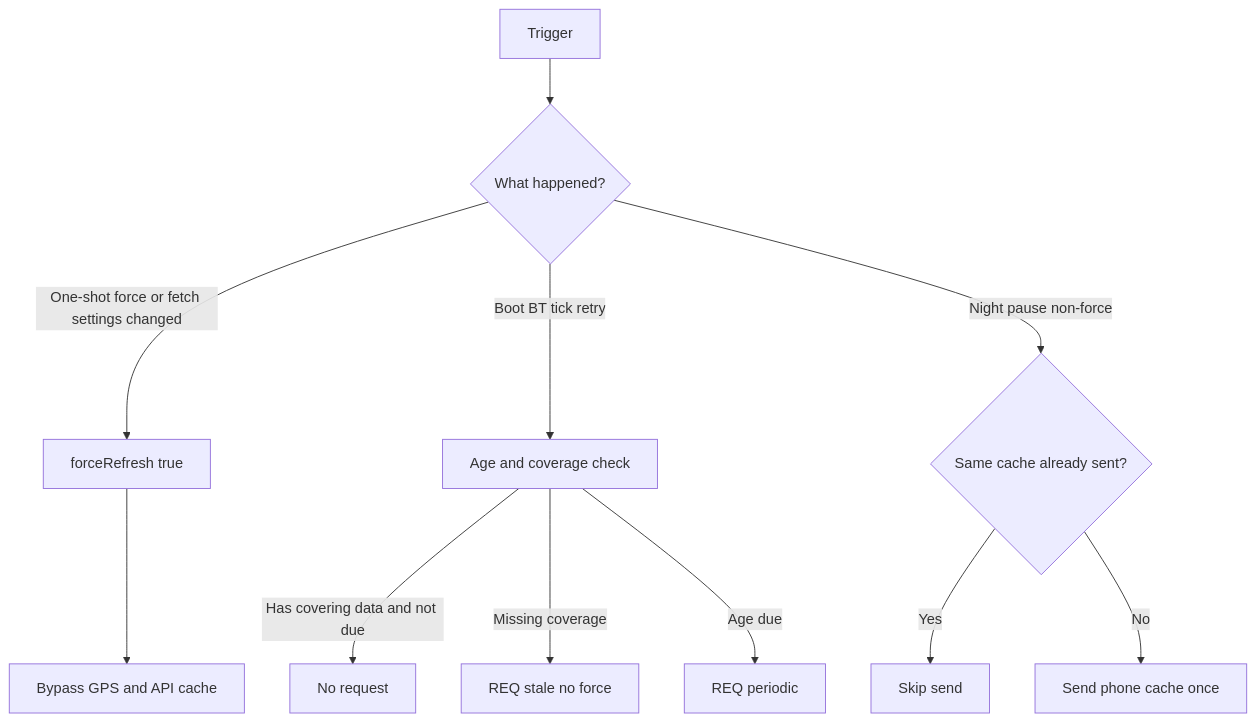
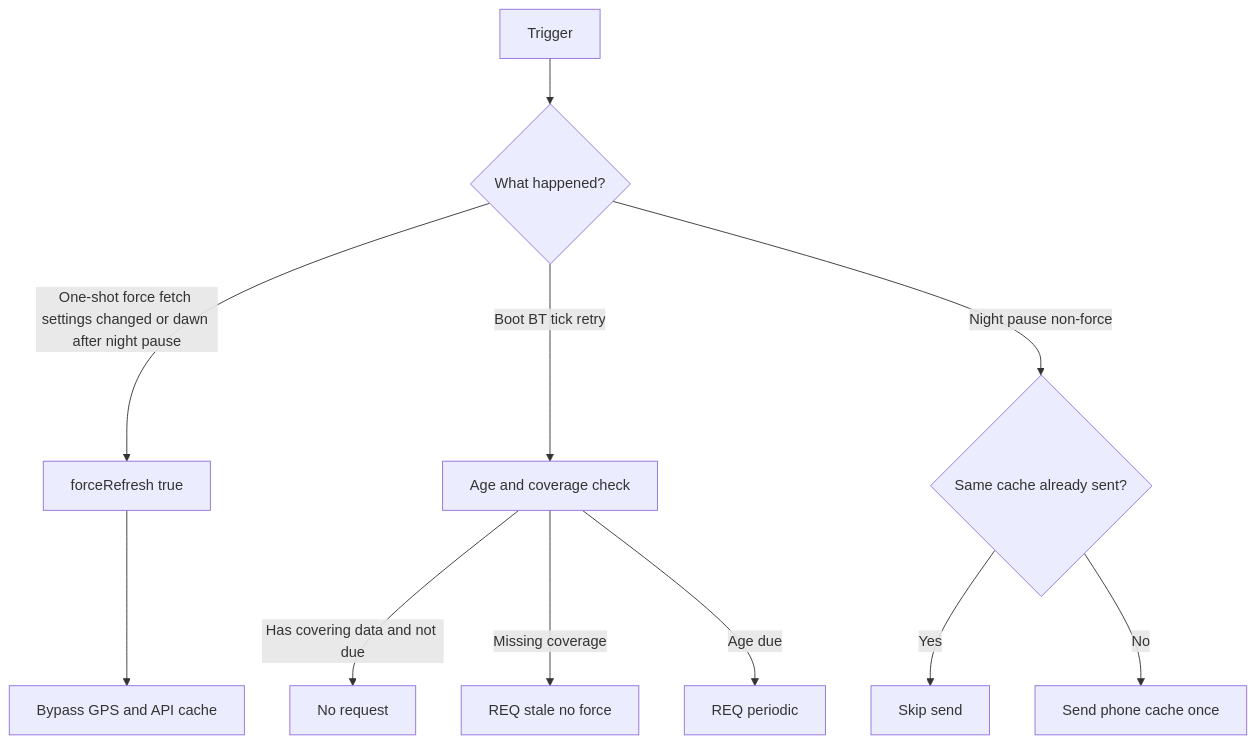
The diagram in DOCS.md (filcuk/pebble-watchface-argus), drawn with Mermaid before and after one commit. The commit also changed other lines of this file and 9 other files, not shown here.

````diff
--- a/DOCS.md
+++ b/DOCS.md
@@ -14,13 +23,13 @@
 ```mermaid
 flowchart TD
   trigger[Trigger] --> kind{What happened?}
-  kind -->|One-shot force or fetch settings changed| force[forceRefresh true]
+  kind -->|One-shot force fetch settings changed or dawn after night pause| force[forceRefresh true]
   kind -->|Boot BT tick retry| smart[Age and coverage check]
   kind -->|Night pause non-force| night{Same cache already sent?}
   smart -->|Has covering data and not due| noop[No request]
   smart -->|Missing coverage| stale[REQ stale no force]
   smart -->|Age due| periodic[REQ periodic]
   night -->|Yes| skipNight[Skip send]
   night -->|No| sendCache[Send phone cache once]
   force --> api[Bypass GPS and API cache]
 ```
````
